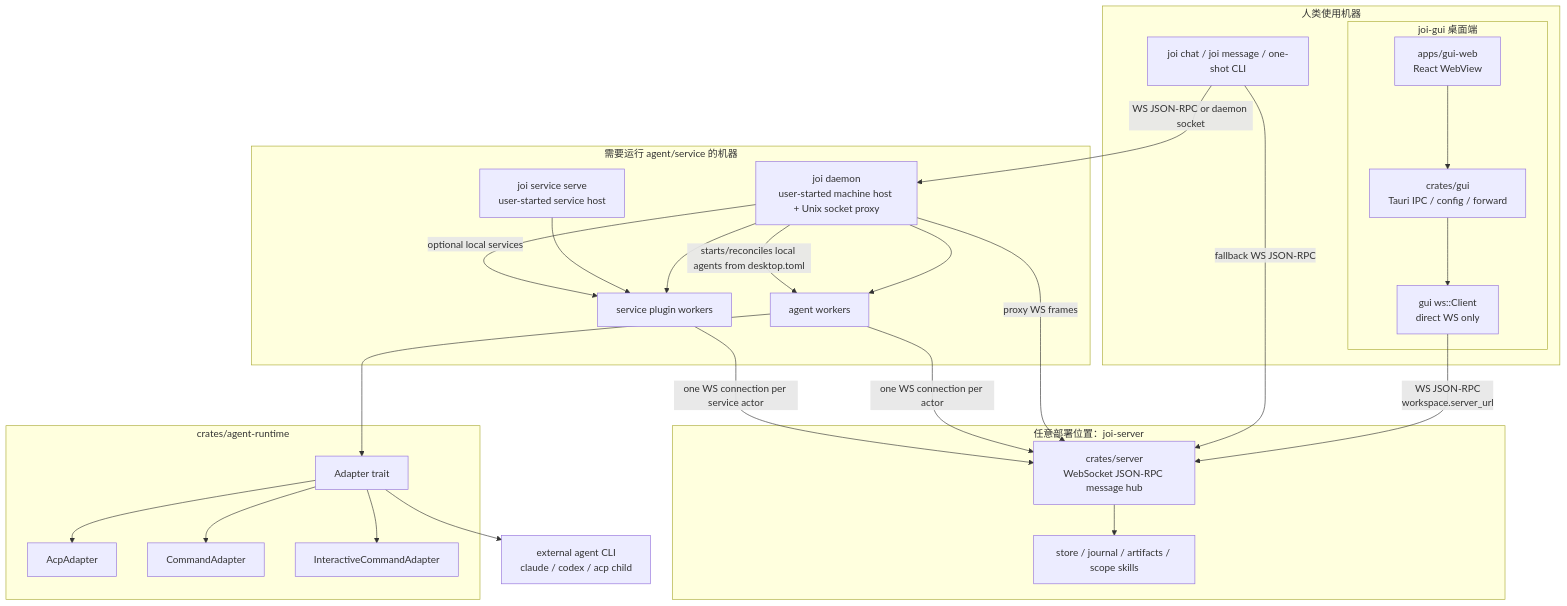
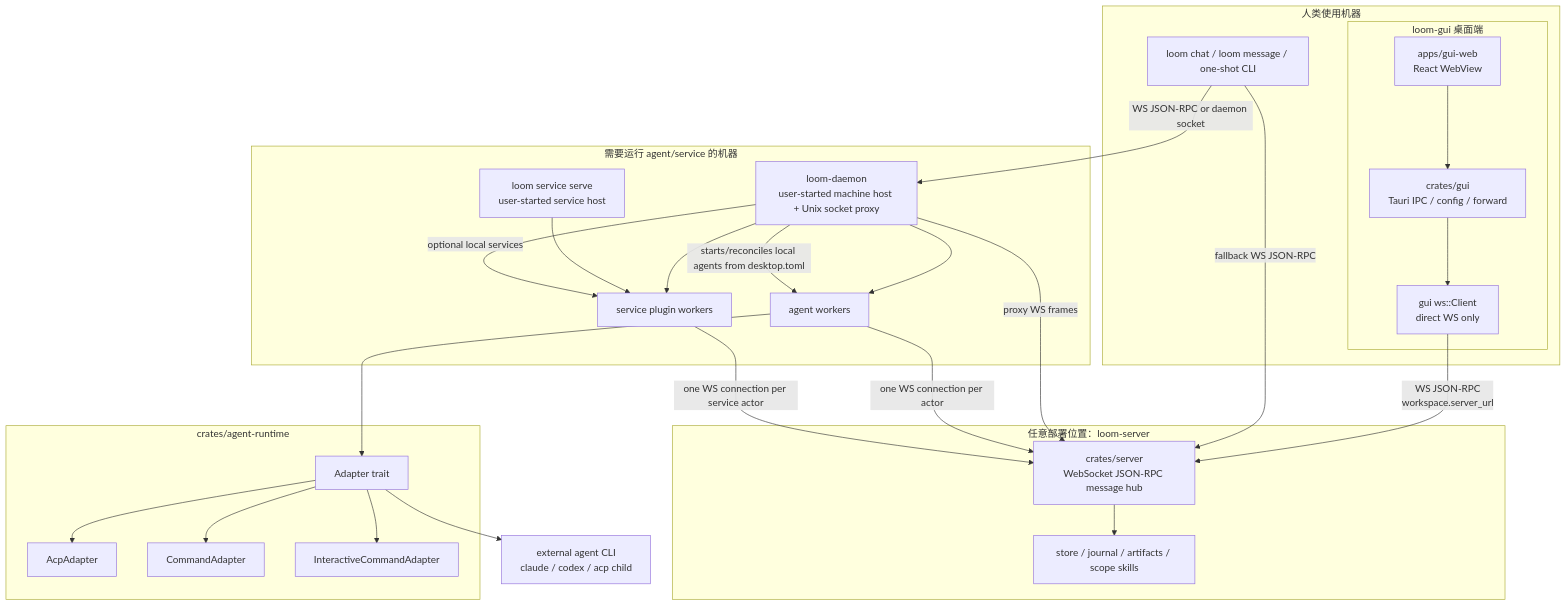
One commit to wyw-ai/loom changed the diagram in docs/architecture.md. Above: the diagram before and after it, drawn with Mermaid. The commit also changed other lines of this file and 175 other files, not shown here.

````diff
--- a/docs/architecture.md
+++ b/docs/architecture.md
@@ -13,54 +13,54 @@
 ```mermaid
 flowchart TD
-    subgraph ServerHost["任意部署位置：joi-server"]
+    subgraph ServerHost["任意部署位置：loom-server"]
         Server["crates/server<br/>WebSocket JSON-RPC message hub"]
         Store["store / journal / artifacts / scope skills"]
         Server --> Store
     end
 
     subgraph HumanMachine["人类使用机器"]
-        subgraph Gui["joi-gui 桌面端"]
+        subgraph Gui["loom-gui 桌面端"]
             Web["apps/gui-web<br/>React WebView"]
             Tauri["crates/gui<br/>Tauri IPC / config / forward"]
             GuiClient["gui ws::Client<br/>direct WS only"]
             Web --> Tauri
             Tauri --> GuiClient
         end
 
-        Chat["joi chat / joi message / one-shot CLI"]
+        Chat["loom chat / loom message / one-shot CLI"]
     end
 
     subgraph MachineHost["需要运行 agent/service 的机器"]
-        Daemon["joi daemon<br/>user-started machine host + Unix socket proxy"]
-        ServiceServe["joi service serve<br/>user-started service host"]
+        Daemon["loom-daemon<br/>user-started machine host + Unix socket proxy"]
+        ServiceServe["loom service serve<br/>user-started service host"]
         AgentWorker["agent workers"]
         ServiceHost["service plugin workers"]
         Daemon --> AgentWorker
         Daemon --> ServiceHost
         ServiceServe --> ServiceHost
     end
 
     subgraph AgentRuntime["crates/agent-runtime"]
         Adapter["Adapter trait"]
         Acp["AcpAdapter"]
         Command["CommandAdapter"]
         Interactive["InteractiveCommandAdapter"]
         Adapter --> Acp
         Adapter --> Command
         Adapter --> Interactive
     end
 
     Provider["external agent CLI<br/>claude / codex / acp child"]
 
     GuiClient -- "WS JSON-RPC<br/>workspace.server_url" --> Server
     Chat -- "WS JSON-RPC or daemon socket" --> Daemon
     Chat -- "fallback WS JSON-RPC" --> Server
 
     Daemon -- "proxy WS frames" --> Server
     Daemon -- "starts/reconciles local agents from desktop.toml" --> AgentWorker
     Daemon -- "optional local services" --> ServiceHost
     AgentWorker -- "one WS connection per actor" --> Server
     ServiceHost -- "one WS connection per service actor" --> Server
     AgentWorker --> Adapter
     Adapter --> Provider
 ```
````
